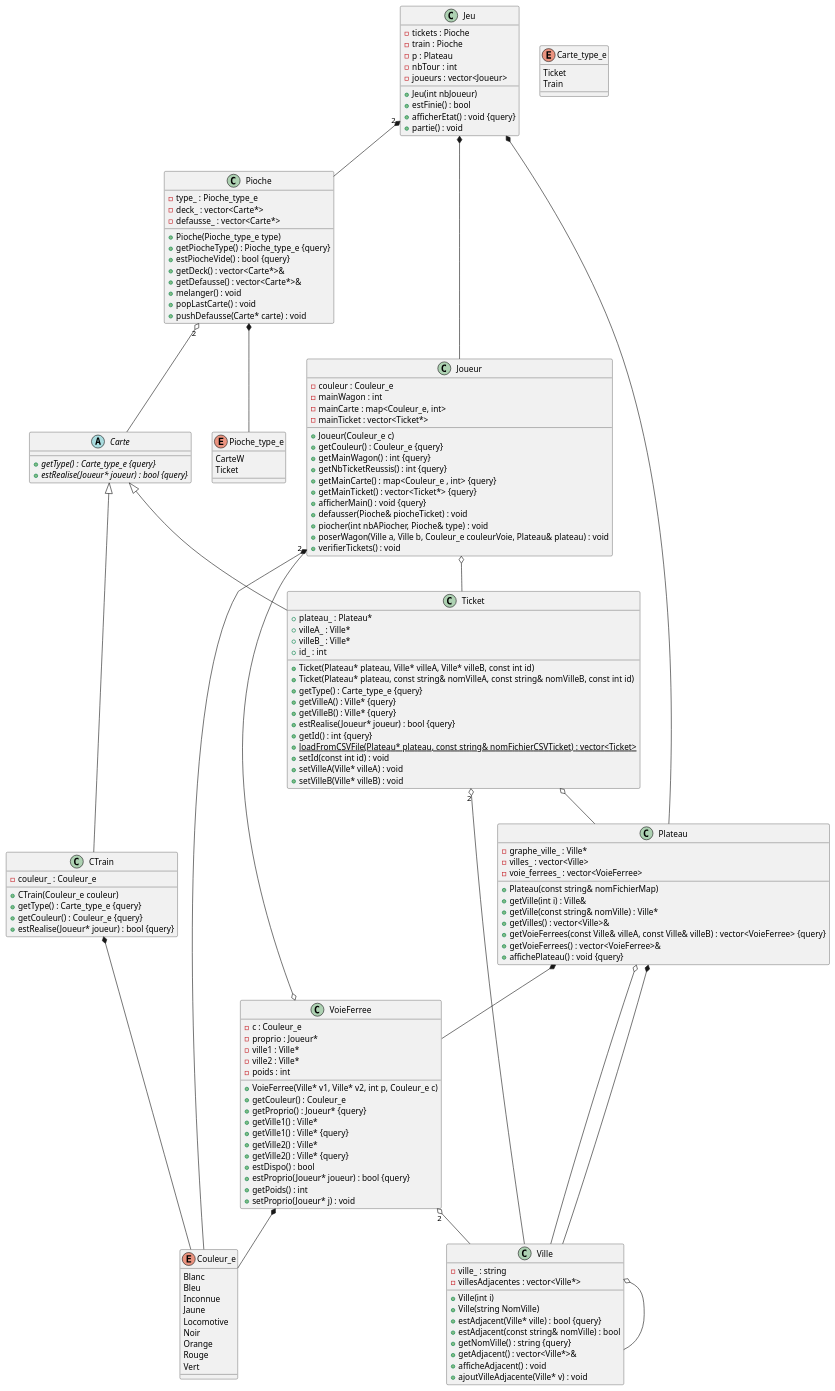
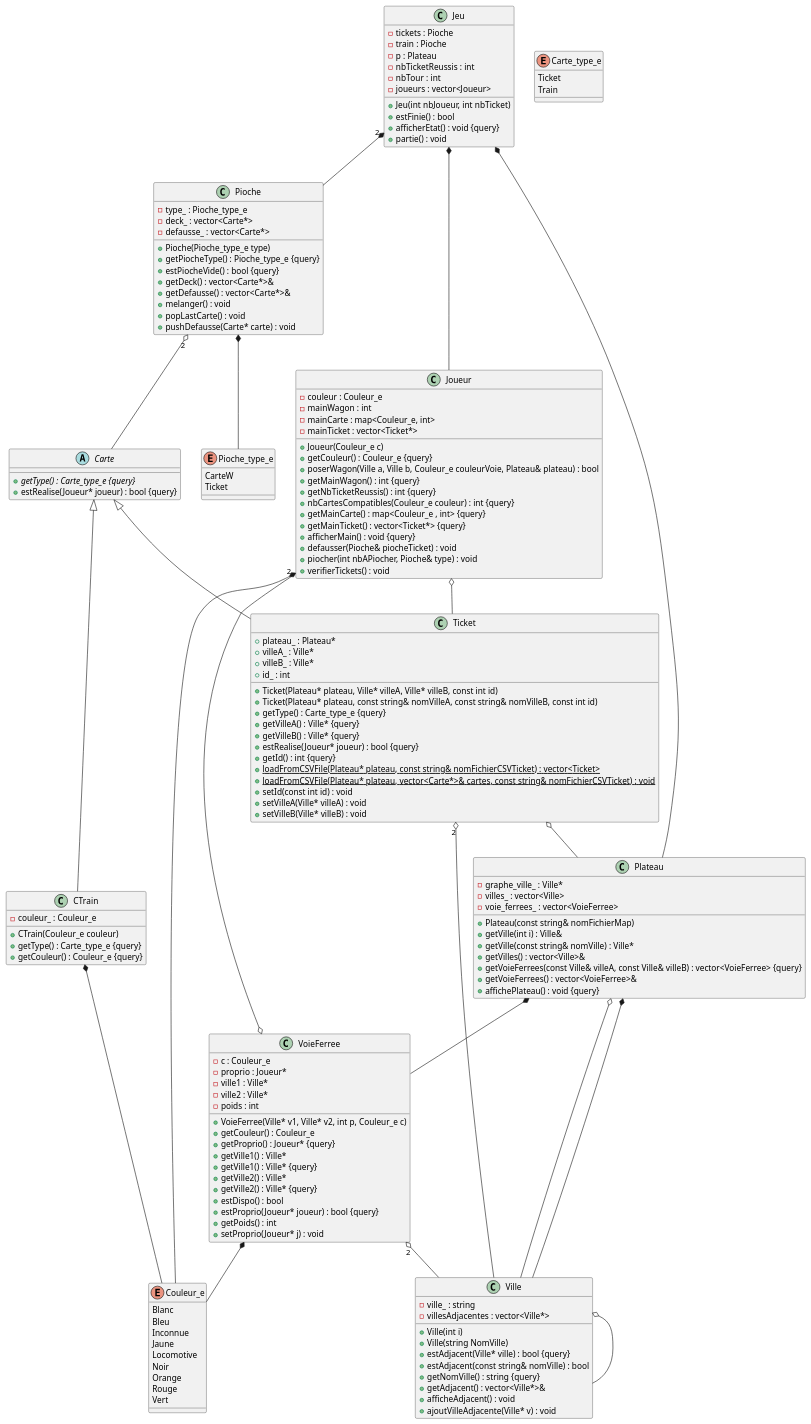
Before and after one commit to ECN-SEC-SMP/smp-tp11-note-secgpas: the diagram in specs/diagramme_classes.puml, drawn with PlantUML. The commit also changed 7 other files, not shown here.

```diff
--- a/specs/diagramme_classes.puml
+++ b/specs/diagramme_classes.puml
@@ -11,22 +11,22 @@
 	+getType() : Carte_type_e {query}
 	-couleur_ : Couleur_e
 	+getCouleur() : Couleur_e {query}
-	+estRealise(Joueur* joueur) : bool {query}
 }
 
 
 abstract class Carte {
 	+{abstract} getType() : Carte_type_e {query}
-	+{abstract} estRealise(Joueur* joueur) : bool {query}
+	+estRealise(Joueur* joueur) : bool {query}
 }
 
 
 class Jeu {
-	+Jeu(int nbJoueur)
+	+Jeu(int nbJoueur, int nbTicket)
 	-tickets : Pioche
 	-train : Pioche
 	-p : Plateau
 	+estFinie() : bool
+	-nbTicketReussis : int
 	-nbTour : int
 	-joueurs : vector<Joueur>
 	+afficherEtat() : void {query}
@@ -38,9 +38,11 @@
 	+Joueur(Couleur_e c)
 	-couleur : Couleur_e
 	+getCouleur() : Couleur_e {query}
+	+poserWagon(Ville a, Ville b, Couleur_e couleurVoie, Plateau& plateau) : bool
 	+getMainWagon() : int {query}
 	+getNbTicketReussis() : int {query}
 	-mainWagon : int
+	+nbCartesCompatibles(Couleur_e couleur) : int {query}
 	+getMainCarte() : map<Couleur_e , int> {query}
 	-mainCarte : map<Couleur_e, int>
 	+getMainTicket() : vector<Ticket*> {query}
@@ -48,7 +50,6 @@
 	+afficherMain() : void {query}
 	+defausser(Pioche& piocheTicket) : void
 	+piocher(int nbAPiocher, Pioche& type) : void
-	+poserWagon(Ville a, Ville b, Couleur_e couleurVoie, Plateau& plateau) : void
 	+verifierTickets() : void
 }
 
@@ -95,6 +96,7 @@
 	+getId() : int {query}
 	+id_ : int
 	+{static} loadFromCSVFile(Plateau* plateau, const string& nomFichierCSVTicket) : vector<Ticket>
+	+{static} loadFromCSVFile(Plateau* plateau, vector<Carte*>& cartes, const string& nomFichierCSVTicket) : void
 	+setId(const int id) : void
 	+setVilleA(Ville* villeA) : void
 	+setVilleB(Ville* villeB) : void
```
